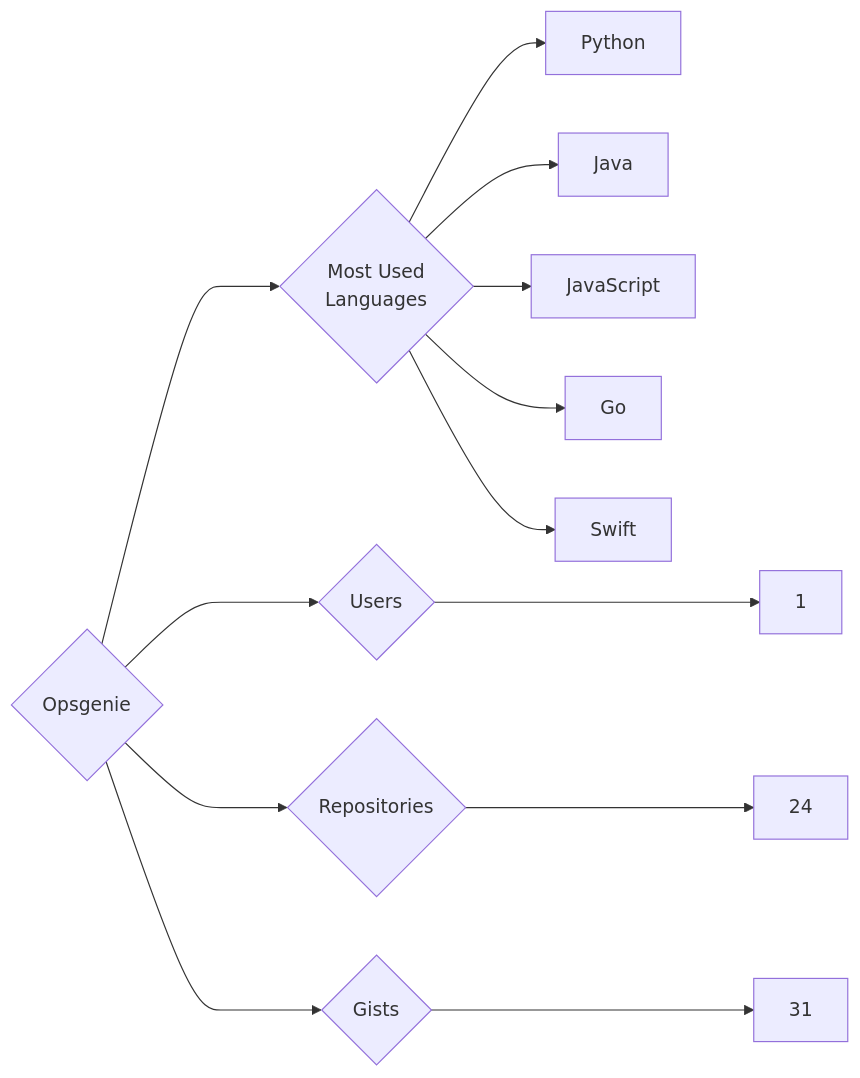
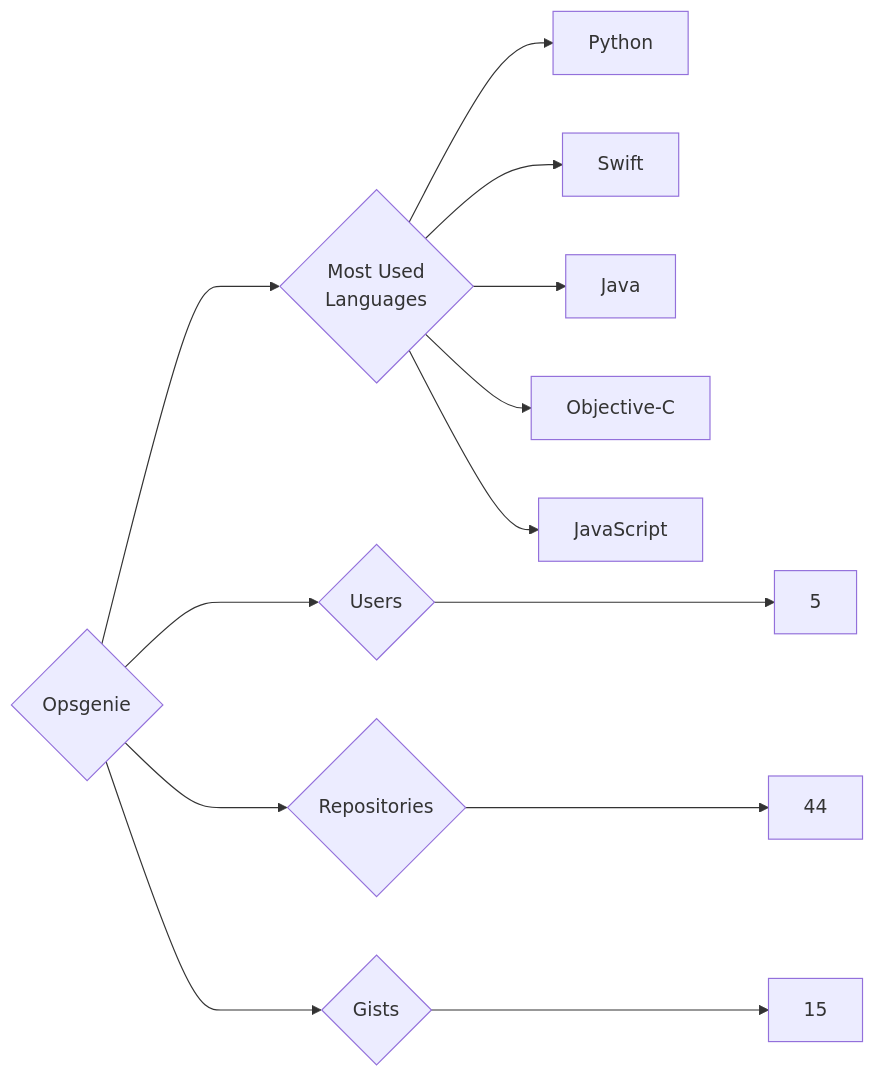
The diagram in targets/Opsgenie/README.md (trickest/insiders), drawn with Mermaid before and after one commit. The commit also changed 814 other files, not shown here.

````diff
--- a/targets/Opsgenie/README.md
+++ b/targets/Opsgenie/README.md
@@ -3,13 +3,13 @@
 ```mermaid
 graph LR
 COMPANY_NAME{Opsgenie}
-COMPANY_NAME ---> U{Users} ---> UN[1]
-COMPANY_NAME ---> R{Repositories} ---> RN[24]
-COMPANY_NAME ---> G{Gists} ---> GN[31]
+COMPANY_NAME ---> U{Users} ---> UN[5]
+COMPANY_NAME ---> R{Repositories} ---> RN[44]
+COMPANY_NAME ---> G{Gists} ---> GN[15]
 COMPANY_NAME ---> ML{Most Used<br>Languages}
 ML --> Python[Python]
+ML --> Swift[Swift]
 ML --> Java[Java]
+ML --> Objective-C[Objective-C]
 ML --> JavaScript[JavaScript]
-ML --> Go[Go]
-ML --> Swift[Swift]
 ```
````
